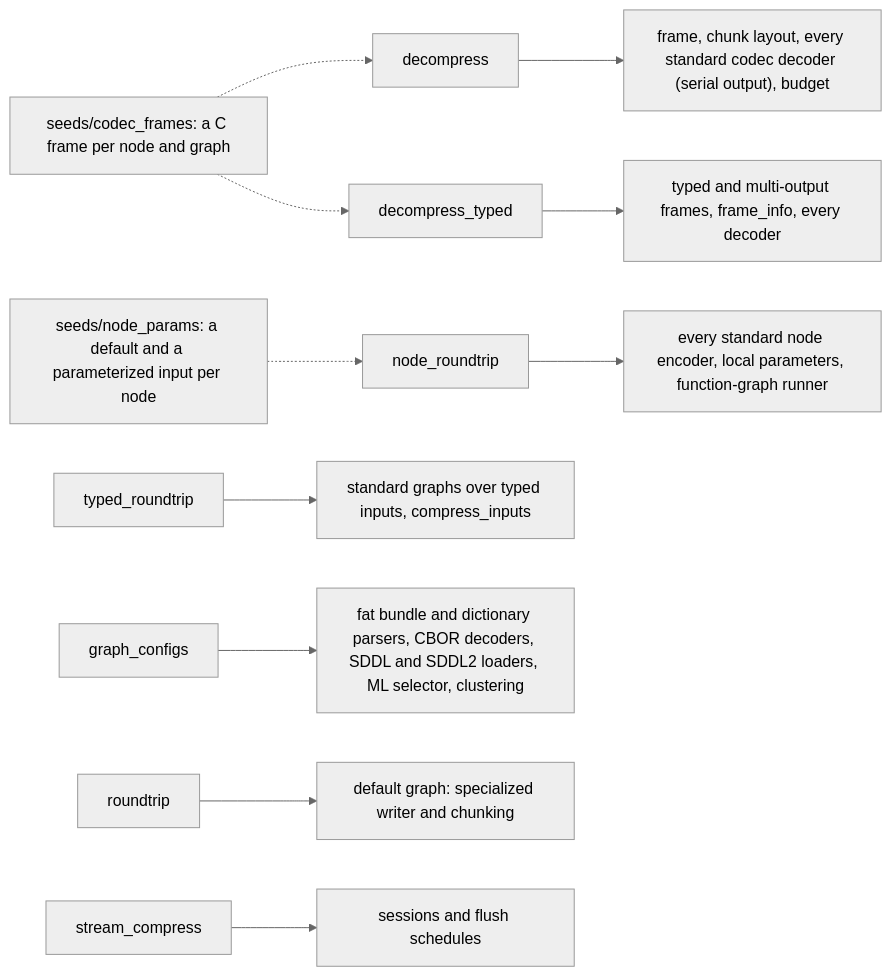
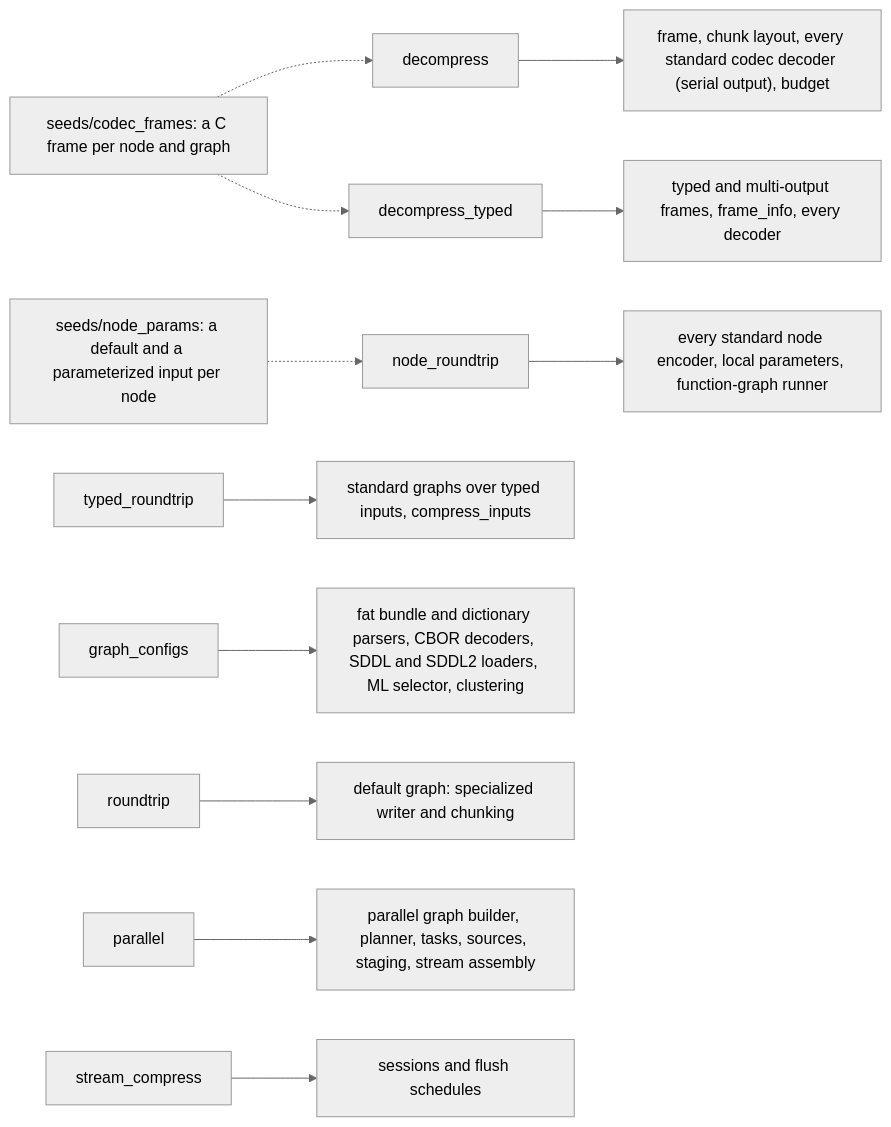
The second of 3 diagrams in architecture/fuzzing.md (M-Compressors/mopenzl), drawn with Mermaid (neutral theme) before and after one commit. The commit also changed other lines of this file and 60 other files, not shown here.

````diff
--- a/architecture/fuzzing.md
+++ b/architecture/fuzzing.md
@@ -36,13 +38,14 @@
 ```mermaid
 flowchart LR
     T1[decompress] --> D["frame, chunk layout, every standard codec decoder (serial output), budget"]
     T2[decompress_typed] --> D2["typed and multi-output frames, frame_info, every decoder"]
     T3[node_roundtrip] --> E1["every standard node encoder, local parameters, function-graph runner"]
     T4[typed_roundtrip] --> E2["standard graphs over typed inputs, compress_inputs"]
     T5[graph_configs] --> E3["fat bundle and dictionary parsers, CBOR decoders, SDDL and SDDL2 loaders, ML selector, clustering"]
     T6[roundtrip] --> E4["default graph: specialized writer and chunking"]
+    T8[parallel] --> E6[parallel graph builder, planner, tasks, sources, staging, stream assembly]
     T7[stream_compress] --> E5[sessions and flush schedules]
     S1["seeds/codec_frames: a C frame per node and graph"] -.-> T1
     S1 -.-> T2
     S2["seeds/node_params: a default and a parameterized input per node"] -.-> T3
 ```
````
